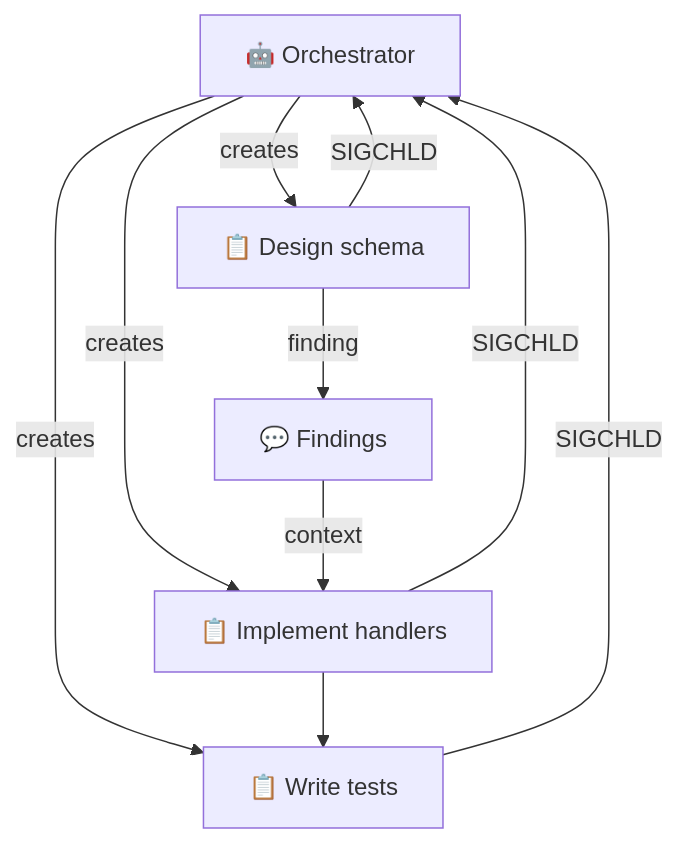
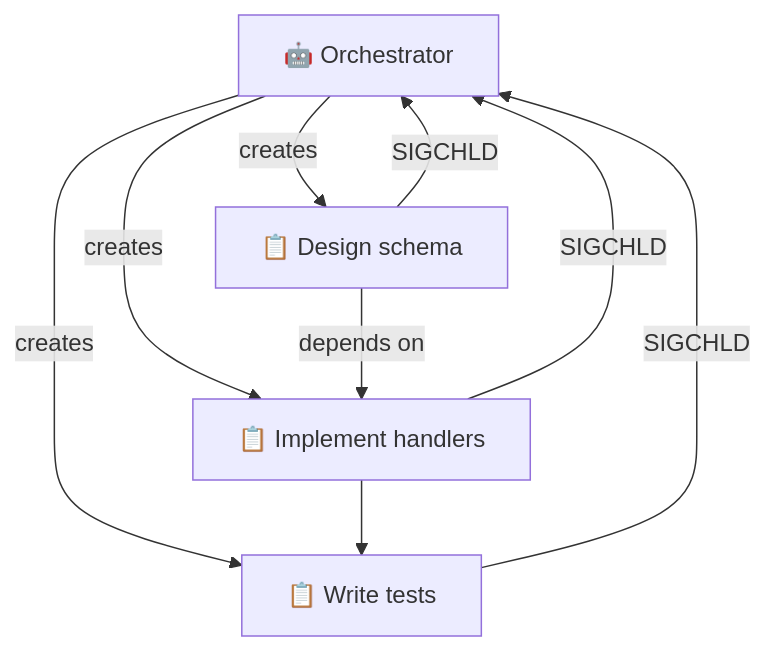
Before and after one commit to nick-pape/grackle: the third of 3 diagrams in apps/docs-site/docs/guides/orchestration.md, drawn with Mermaid. The commit also changed other lines of this file and 16 other files, not shown here.

````diff
--- a/apps/docs-site/docs/guides/orchestration.md
+++ b/apps/docs-site/docs/guides/orchestration.md
@@ -89,10 +89,9 @@
 ```mermaid
 graph TD
     O["🤖 Orchestrator"] -->|creates| T1["📋 Design schema"]
     O -->|creates| T2["📋 Implement handlers"]
     O -->|creates| T3["📋 Write tests"]
-    T1 -->|finding| K["💬 Findings"]
-    K -->|context| T2
+    T1 -->|depends on| T2
     T2 --> T3
     T1 & T2 & T3 -->|SIGCHLD| O
 ```
````
